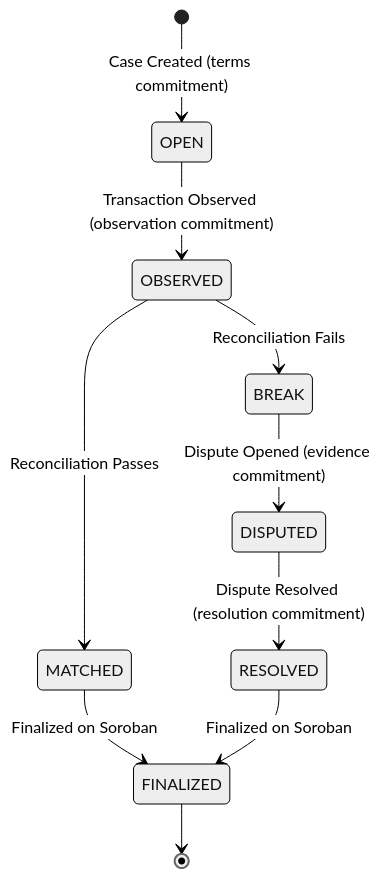
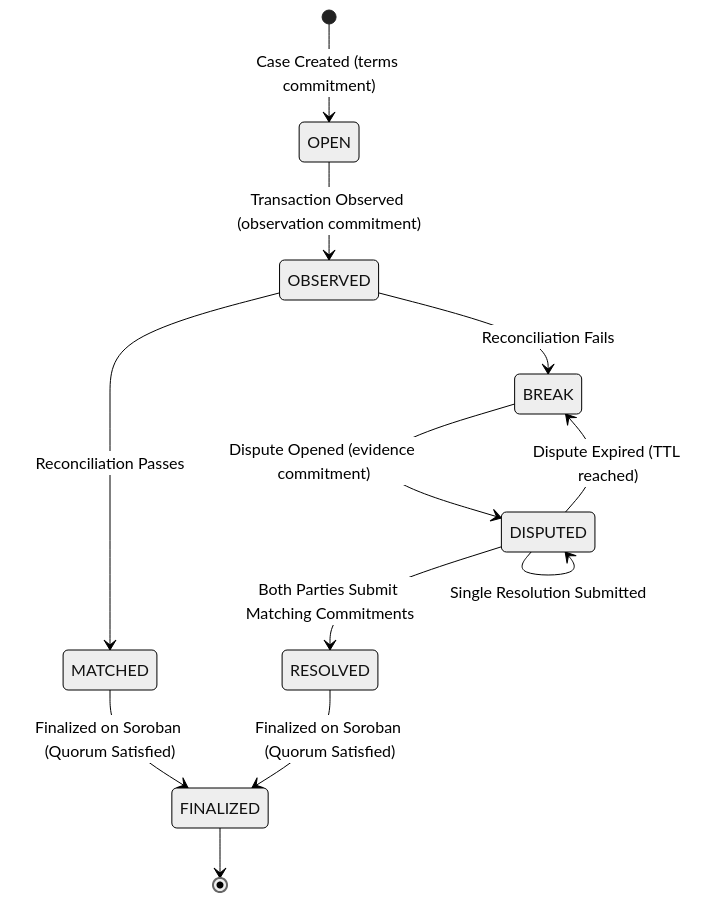
Before and after one commit to Adejumo-2/stellarclear: the first of 2 diagrams in docs/settlement-lifecycle.md, drawn with Mermaid (neutral theme). The commit also changed other lines of this file and 9 other files, not shown here.

````diff
--- a/docs/settlement-lifecycle.md
+++ b/docs/settlement-lifecycle.md
@@ -7,12 +7,14 @@
 ```mermaid
 stateDiagram-v2
     [*] --> OPEN: Case Created (terms commitment)
     OPEN --> OBSERVED: Transaction Observed (observation commitment)
     OBSERVED --> MATCHED: Reconciliation Passes
     OBSERVED --> BREAK: Reconciliation Fails
-    MATCHED --> FINALIZED: Finalized on Soroban
+    MATCHED --> FINALIZED: Finalized on Soroban (Quorum Satisfied)
     BREAK --> DISPUTED: Dispute Opened (evidence commitment)
-    DISPUTED --> RESOLVED: Dispute Resolved (resolution commitment)
-    RESOLVED --> FINALIZED: Finalized on Soroban
+    DISPUTED --> DISPUTED: Single Resolution Submitted
+    DISPUTED --> RESOLVED: Both Parties Submit Matching Commitments
+    DISPUTED --> BREAK: Dispute Expired (TTL reached)
+    RESOLVED --> FINALIZED: Finalized on Soroban (Quorum Satisfied)
     FINALIZED --> [*]
 ```
````
